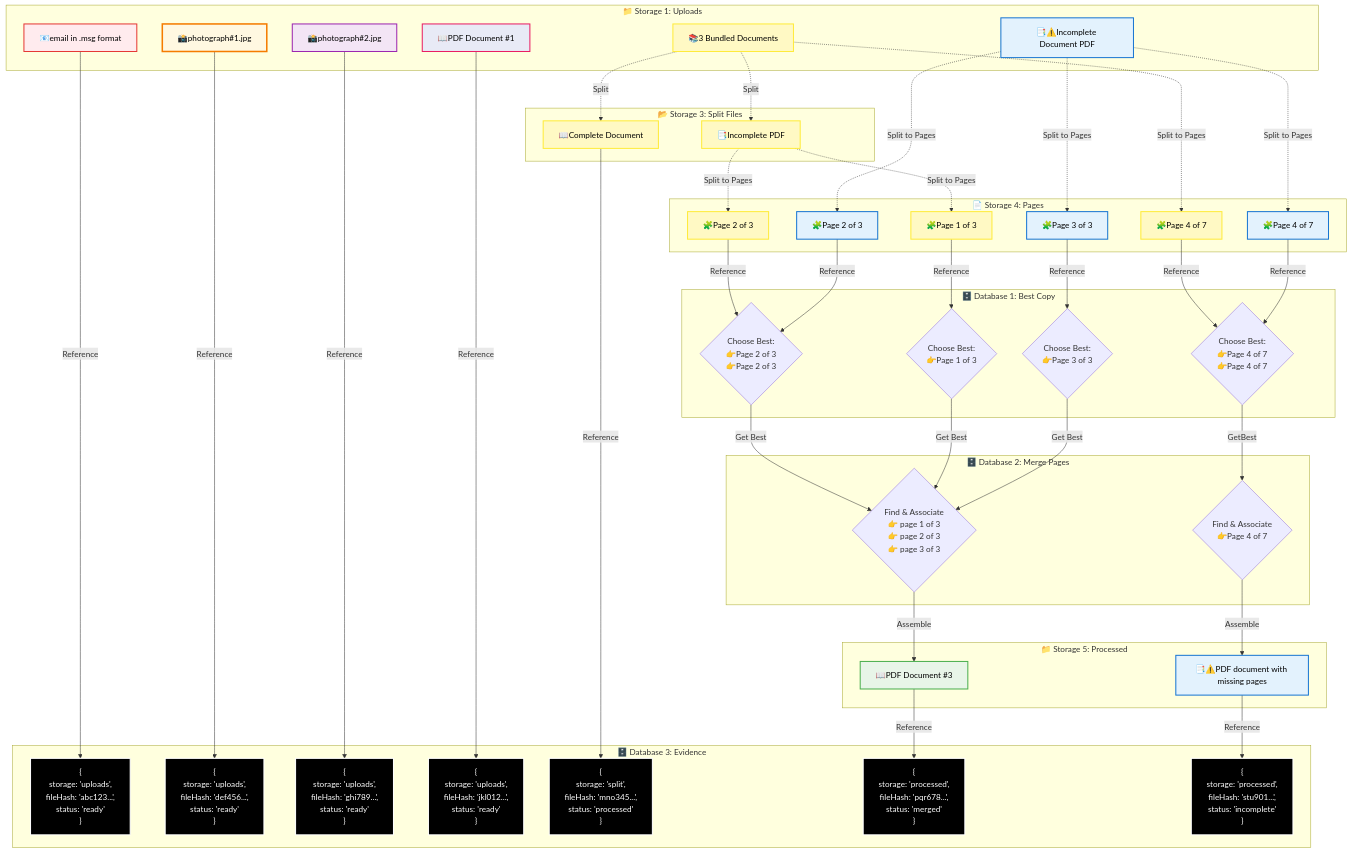
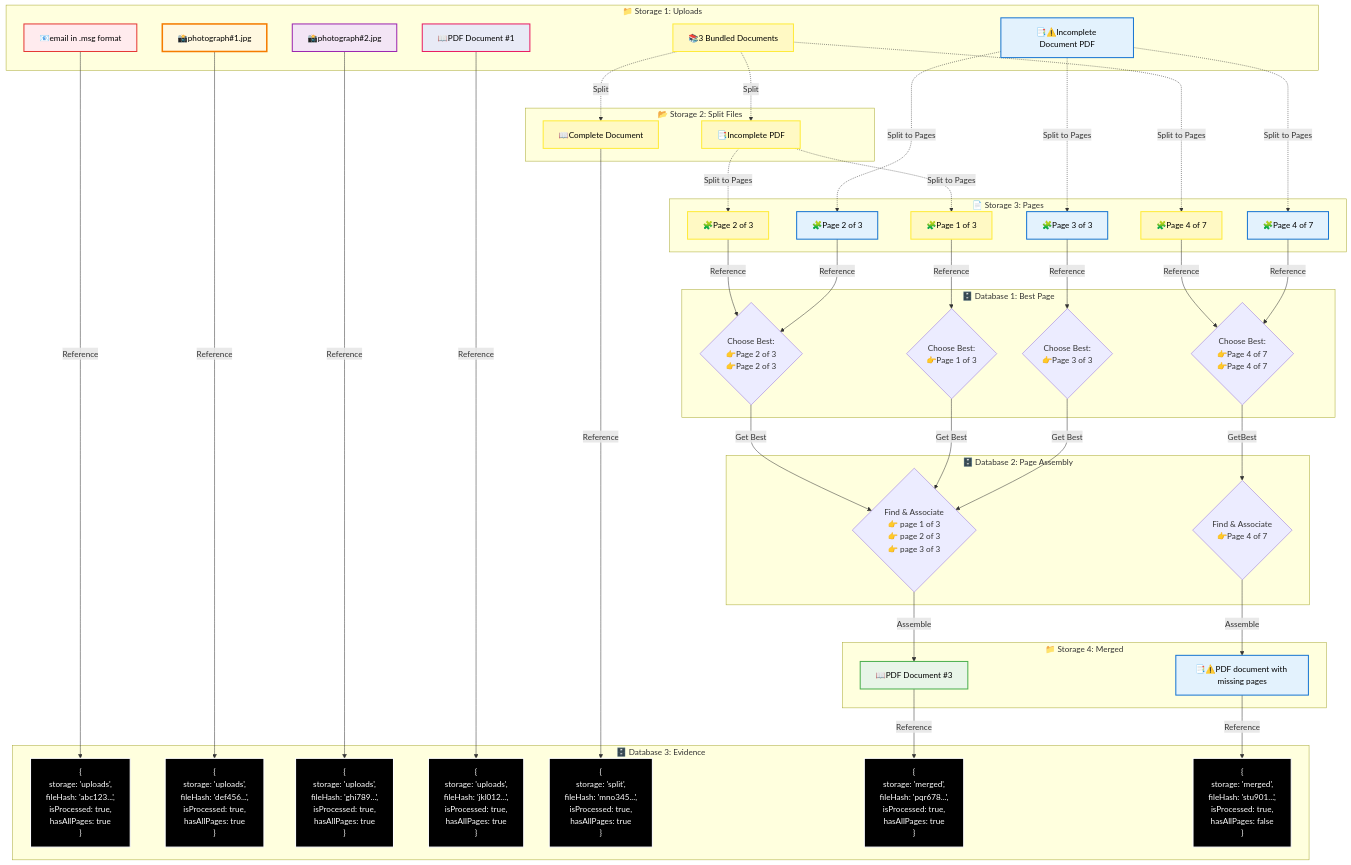
The diagram in docs/Document-Processing-Workflow.md (Mharbulous/Bookkeeper), drawn with Mermaid before and after one commit.

Commit message:
Polished up the data object examples

```diff
--- a/docs/Document-Processing-Workflow.md
+++ b/docs/Document-Processing-Workflow.md
@@ -23,13 +23,13 @@
         Incomplete["📑⚠️Incomplete Document PDF"]
     end
 
-    subgraph Col2 ["📂 Storage 3: Split Files"]
+    subgraph Col2 ["📂 Storage 2: Split Files"]
         DocA["📖Complete Document"]
         DocC["📑Incomplete PDF"]
 
     end
 
-    subgraph Col3 ["📄 Storage 4: Pages"]
+    subgraph Col3 ["📄 Storage 3: Pages"]
         SoloPage1["🧩Page 1 of 3"]
         PageRaw2["🧩Page 2 of 3"]
         SoloPage2["🧩Page 2 of 3"]
@@ -38,28 +38,28 @@
         OnePage_split["🧩Page 4 of 7"]
     end
 
-    subgraph Col4 ["🗄️ Database 2: Merge Pages"]
+    subgraph Col4 ["🗄️ Database 2: Page Assembly"]
         MergedDoc{"Find & Associate<br/>👉 page 1 of 3<br/>👉 page 2 of 3<br/>👉 page 3 of 3"}
         FindsPages{"Find & Associate<br/>👉Page 4 of 7"}
     end
 
-    subgraph Col5 ["📁 Storage 5: Processed"]
+    subgraph Col5 ["📁 Storage 4: Merged"]
         CompleteMerged["📖PDF Document #3"]
         IncompleteFinal["📑⚠️PDF document with missing pages"]
 
     end
 
     subgraph DB3 ["🗄️ Database 3: Evidence"]
-        EmailRef["{<br/>  storage: 'uploads',<br/>  fileHash: 'abc123...',<br/>  status: 'ready'<br/>}"]
-        Photo1Ref["{<br/>  storage: 'uploads',<br/>  fileHash: 'def456...',<br/>  status: 'ready'<br/>}"]
-        Photo2Ref["{<br/>  storage: 'uploads',<br/>  fileHash: 'ghi789...',<br/>  status: 'ready'<br/>}"]
-        PdfRef["{<br/>  storage: 'uploads',<br/>  fileHash: 'jkl012...',<br/>  status: 'ready'<br/>}"]
-        CompleteSplitRef["{<br/>  storage: 'split',<br/>  fileHash: 'mno345...',<br/>  status: 'processed'<br/>}"]
-        CompleteMergedRef["{<br/>  storage: 'processed',<br/>  fileHash: 'pqr678...',<br/>  status: 'merged'<br/>}"]
-        IncompleteFinalRef["{<br/>  storage: 'processed',<br/>  fileHash: 'stu901...',<br/>  status: 'incomplete'<br/>}"]
+        EmailRef["{<br/>  storage: 'uploads',<br/>  fileHash: 'abc123...',<br/>  isProcessed: true,<br/>  hasAllPages: true<br/>}"]
+        Photo1Ref["{<br/>  storage: 'uploads',<br/>  fileHash: 'def456...',<br/>  isProcessed: true,<br/>  hasAllPages: true<br/>}"]
+        Photo2Ref["{<br/>  storage: 'uploads',<br/>  fileHash: 'ghi789...',<br/>  isProcessed: true,<br/>  hasAllPages: true<br/>}"]
+        PdfRef["{<br/>  storage: 'uploads',<br/>  fileHash: 'jkl012...',<br/>  isProcessed: true,<br/>  hasAllPages: true<br/>}"]
+        CompleteSplitRef["{<br/>  storage: 'split',<br/>  fileHash: 'mno345...',<br/>  isProcessed: true,<br/>  hasAllPages: true<br/>}"]
+        CompleteMergedRef["{<br/>  storage: 'merged',<br/>  fileHash: 'pqr678...',<br/>  isProcessed: true,<br/>  hasAllPages: true<br/>}"]
+        IncompleteFinalRef["{<br/>  storage: 'merged',<br/>  fileHash: 'stu901...',<br/>  isProcessed: true,<br/>  hasAllPages: false<br/>}"]
     end
 
-    subgraph DB1 ["🗄️ Database 1: Best Copy"]
+    subgraph DB1 ["🗄️ Database 1: Best Page"]
         ChooseBestCopy3{"Choose Best:<br/>👉Page 1 of 3"}
         ChooseBestCopy2{"Choose Best:<br/>👉Page 2 of 3<br/>👉Page 2 of 3"}
         ChooseBestCopy4{"Choose Best:<br/>👉Page 3 of 3"}
```
